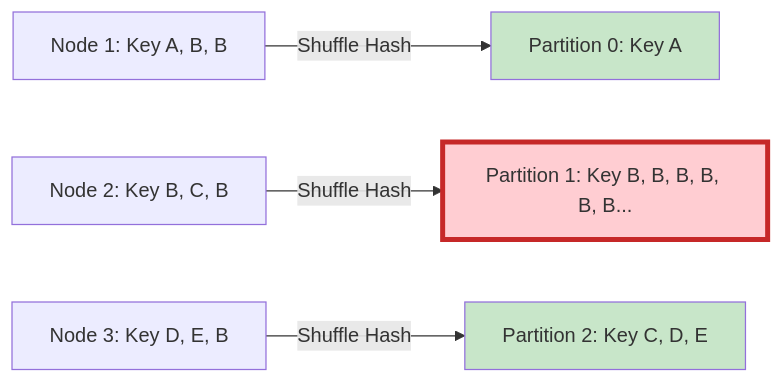
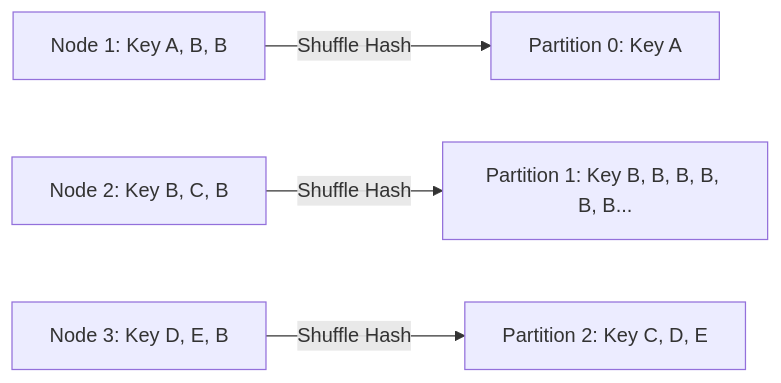
Before and after one commit to kythuatdulieu/kythuatdulieu.github.io: the diagram in src/content/docs/concepts/4-compute-engines-batch/data-skew.md, drawn with Mermaid. The commit also changed 682 other files, not shown here.

````diff
--- a/src/content/docs/concepts/4-compute-engines-batch/data-skew.md
+++ b/src/content/docs/concepts/4-compute-engines-batch/data-skew.md
@@ -34,10 +34,9 @@
 ```mermaid
 graph LR
     A["Node 1: Key A, B, B"] -->|Shuffle Hash| C["Partition 0: Key A"]
     B["Node 2: Key B, C, B"] -->|Shuffle Hash| D["Partition 1: Key B, B, B, B, B, B..."]
     E["Node 3: Key D, E, B"] -->|Shuffle Hash| F["Partition 2: Key C, D, E"]
-    
-    style D fill:#ffcdd2,stroke:#c62828,stroke-width:4px
-    style C fill:#c8e6c9
-    style F fill:#c8e6c9
+
+
+
 ```
````
